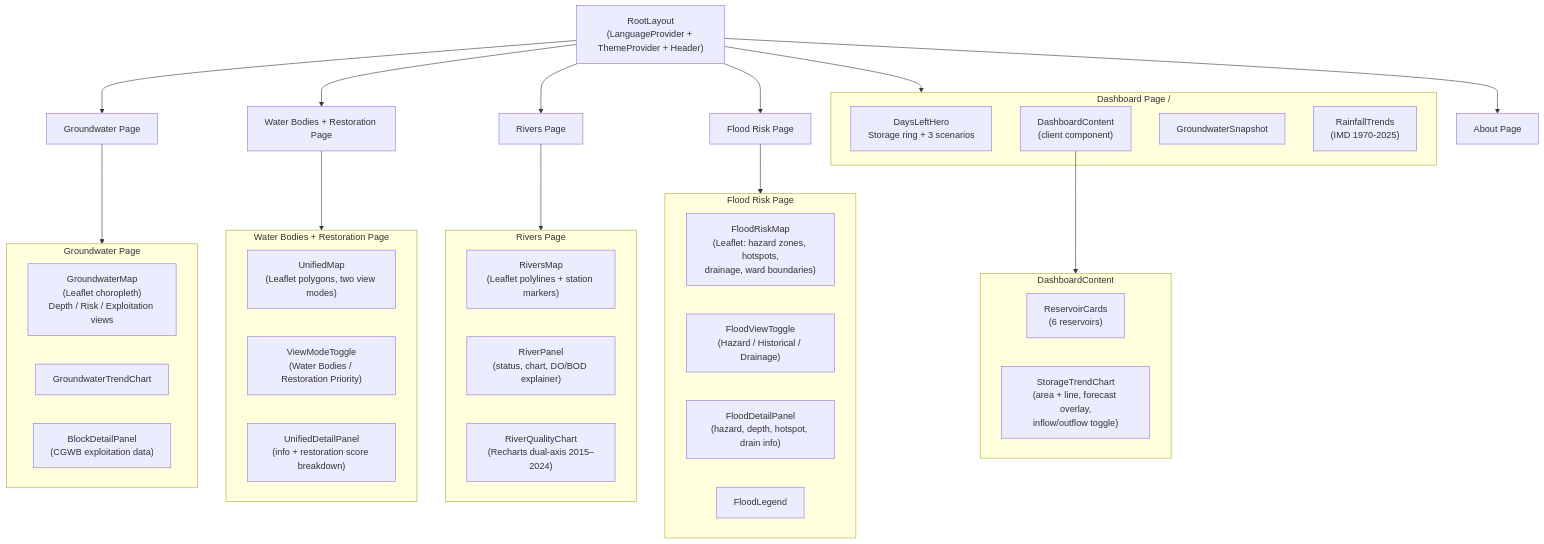
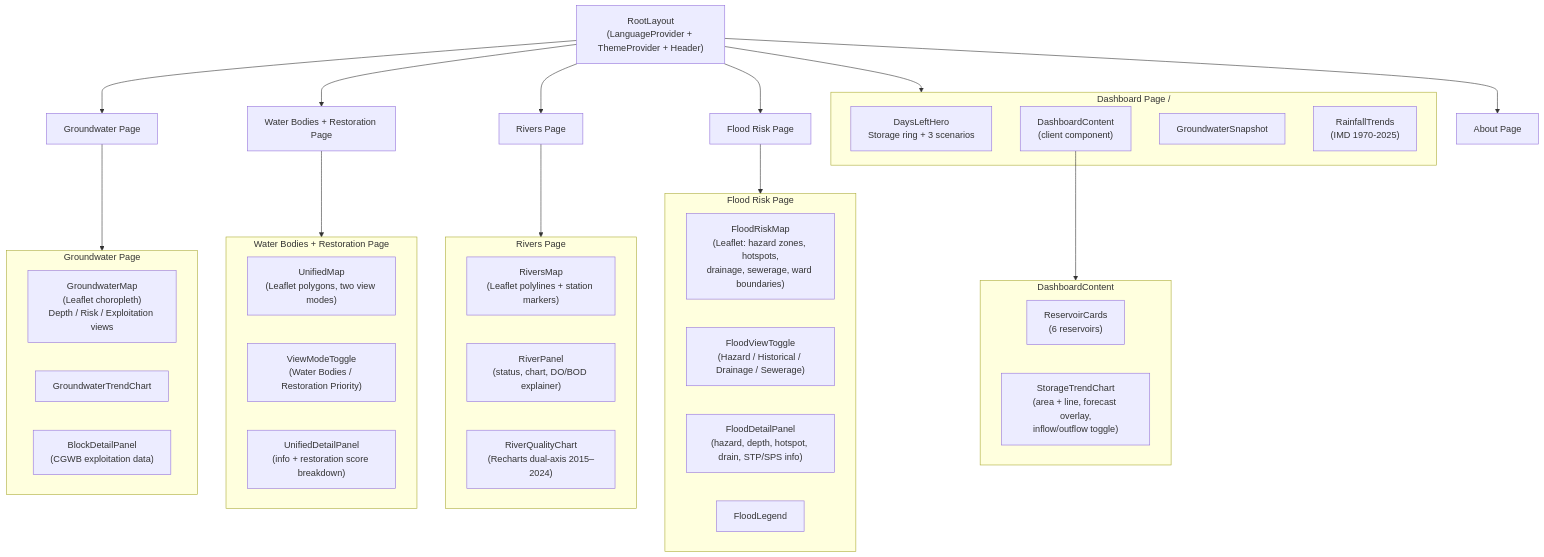
Before and after one commit to SundareshPrasanna/neer-vazhvu: the fifth of 5 diagrams in ARCHITECTURE.md, drawn with Mermaid. The commit also changed other lines of this file and 13 other files, not shown here.

First line of the commit message:
feat: add CMWSSB sewerage network view with STPs, pumping stations, and mains

````diff
--- a/ARCHITECTURE.md
+++ b/ARCHITECTURE.md
@@ -296,58 +298,58 @@
 ```mermaid
 graph TD
     Layout["RootLayout<br/>(LanguageProvider + ThemeProvider + Header)"]
 
     Layout --> Dashboard
     Layout --> GW["Groundwater Page"]
     Layout --> WB["Water Bodies + Restoration Page"]
     Layout --> RV["Rivers Page"]
     Layout --> FR["Flood Risk Page"]
     Layout --> About["About Page"]
 
     subgraph Dashboard["Dashboard Page /"]
         DLH["DaysLeftHero<br/>Storage ring + 3 scenarios"]
         DC["DashboardContent<br/>(client component)"]
         GWS["GroundwaterSnapshot"]
         RT["RainfallTrends<br/>(IMD 1970-2025)"]
     end
 
     subgraph DC_Children["DashboardContent"]
         RC["ReservoirCards<br/>(6 reservoirs)"]
         STC["StorageTrendChart<br/>(area + line, forecast overlay,<br/>inflow/outflow toggle)"]
     end
 
     DC --> DC_Children
 
     subgraph GW_Children["Groundwater Page"]
         GM["GroundwaterMap<br/>(Leaflet choropleth)<br/>Depth / Risk / Exploitation views"]
         GT["GroundwaterTrendChart"]
         BDP["BlockDetailPanel<br/>(CGWB exploitation data)"]
     end
 
     GW --> GW_Children
 
     subgraph RV_Children["Rivers Page"]
         RM["RiversMap<br/>(Leaflet polylines + station markers)"]
         RP["RiverPanel<br/>(status, chart, DO/BOD explainer)"]
         RQC["RiverQualityChart<br/>(Recharts dual-axis 2015–2024)"]
     end
 
     RV --> RV_Children
 
     subgraph WB_Children["Water Bodies + Restoration Page"]
         UM["UnifiedMap<br/>(Leaflet polygons, two view modes)"]
         VMT["ViewModeToggle<br/>(Water Bodies / Restoration Priority)"]
         UDP["UnifiedDetailPanel<br/>(info + restoration score breakdown)"]
     end
 
     WB --> WB_Children
 
     subgraph FR_Children["Flood Risk Page"]
-        FRM["FloodRiskMap<br/>(Leaflet: hazard zones, hotspots,<br/>drainage, ward boundaries)"]
-        FVT["FloodViewToggle<br/>(Hazard / Historical / Drainage)"]
-        FDP["FloodDetailPanel<br/>(hazard, depth, hotspot, drain info)"]
+        FRM["FloodRiskMap<br/>(Leaflet: hazard zones, hotspots,<br/>drainage, sewerage, ward boundaries)"]
+        FVT["FloodViewToggle<br/>(Hazard / Historical / Drainage / Sewerage)"]
+        FDP["FloodDetailPanel<br/>(hazard, depth, hotspot, drain, STP/SPS info)"]
         FLG["FloodLegend"]
     end
 
     FR --> FR_Children
 ```
````
